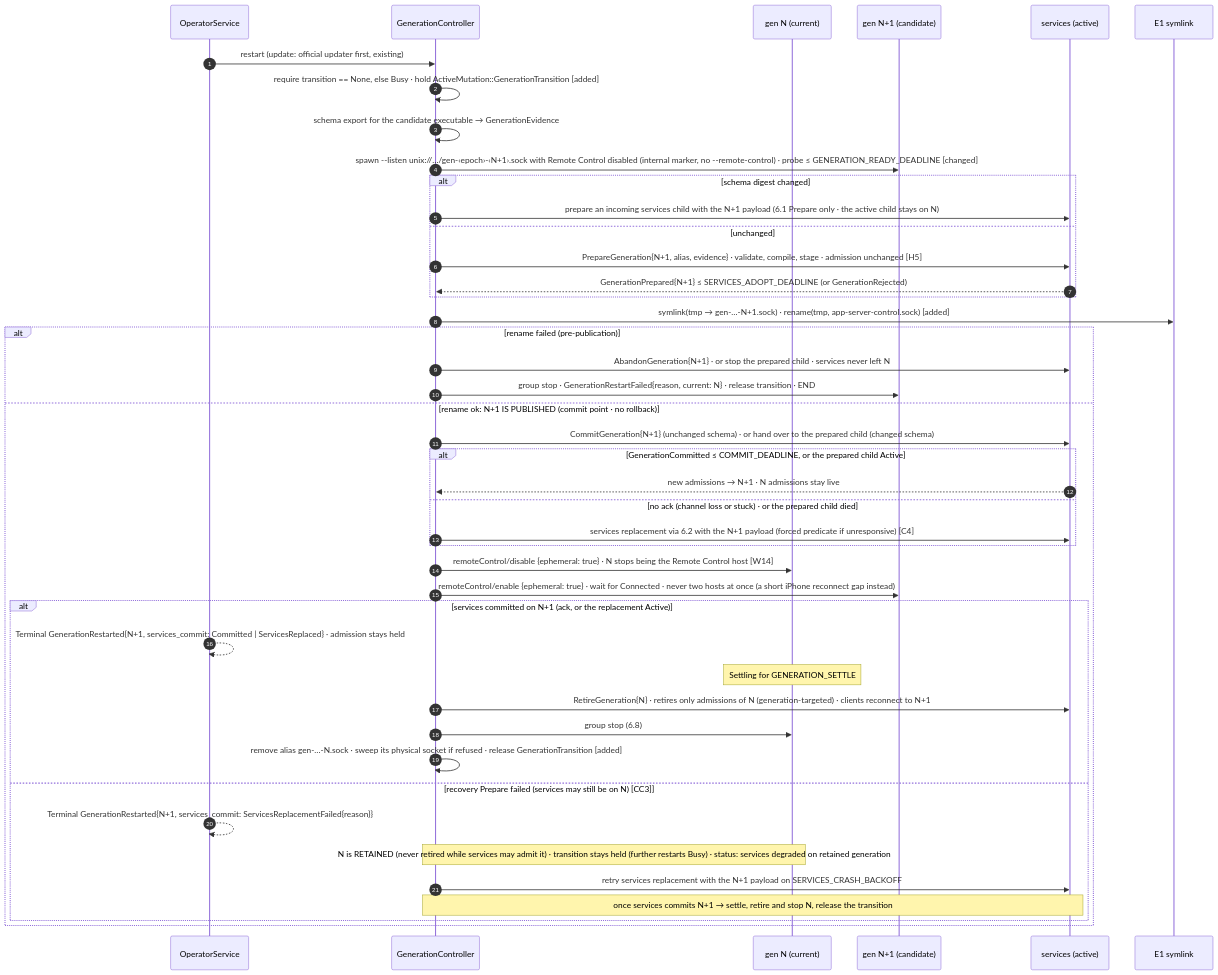
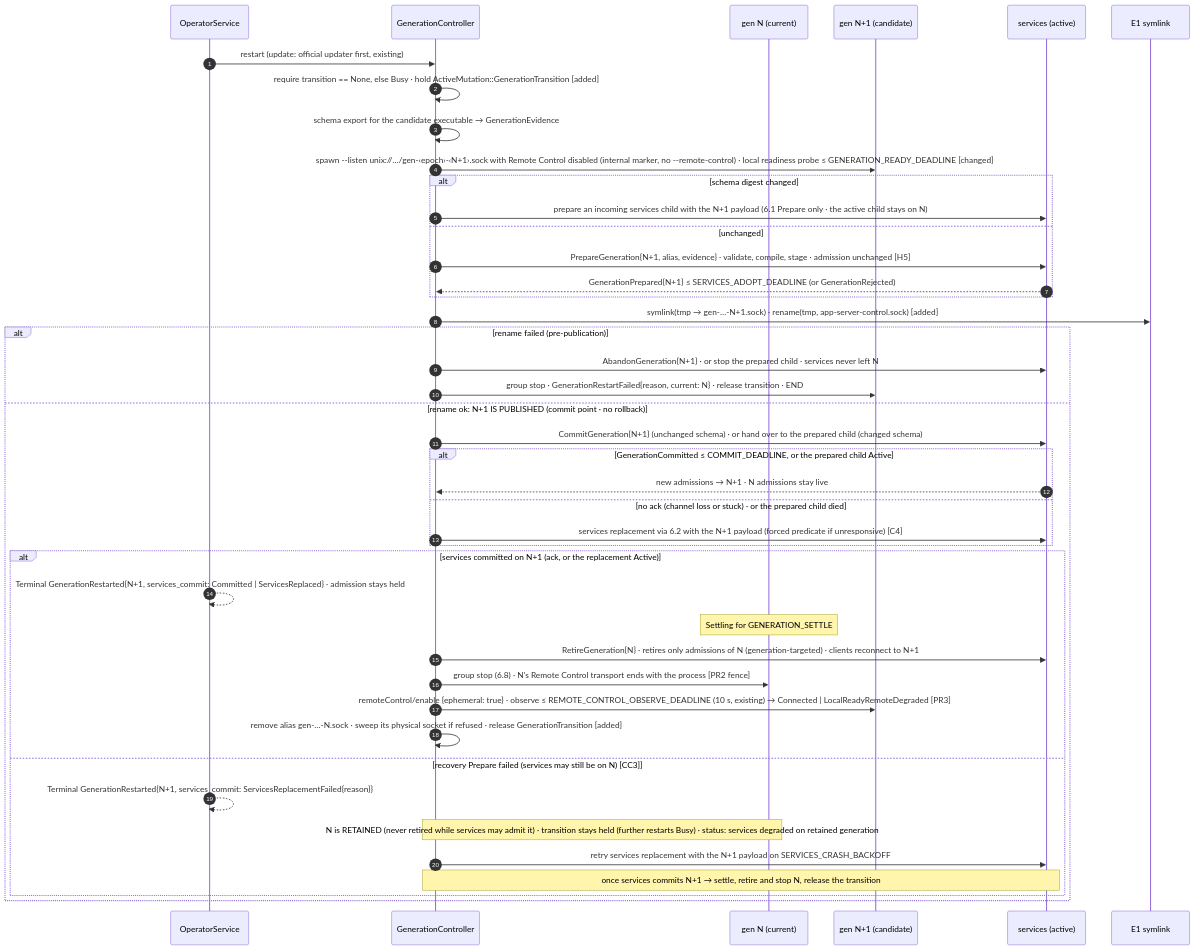
One commit to ShravanSunder/codex-router changed the fifth of 10 diagrams in docs/specs/2026-09-26-host-controller/program-design.md. Above: the diagram before and after it, drawn with Mermaid. The commit also changed other lines of this file and 1 other file, not shown here.

Commit message:
Post-ready review fixes: R19 recast to owner-observed Remote Control outcome; RC fence after N stops; bounded RC observation, no rollback; launch-order detection; OwnerProduction gate

````diff
--- a/docs/specs/2026-09-26-host-controller/program-design.md
+++ b/docs/specs/2026-09-26-host-controller/program-design.md
@@ -873,46 +873,45 @@
 ```mermaid
 sequenceDiagram
   autonumber
   participant OPS as OperatorService
   participant GC as GenerationController
   participant GN as gen N (current)
   participant GM as gen N+1 (candidate)
   participant SVC as services (active)
   participant FS as E1 symlink
   OPS->>GC: restart (update: official updater first, existing)
   GC->>GC: require transition == None, else Busy · hold ActiveMutation::GenerationTransition [added]
   GC->>GC: schema export for the candidate executable → GenerationEvidence
-  GC->>GM: spawn --listen unix://…/gen-‹epoch›-‹N+1›.sock with Remote Control disabled (internal marker, no --remote-control) · probe ≤ GENERATION_READY_DEADLINE [changed]
+  GC->>GM: spawn --listen unix://…/gen-‹epoch›-‹N+1›.sock with Remote Control disabled (internal marker, no --remote-control) · local readiness probe ≤ GENERATION_READY_DEADLINE [changed]
   alt schema digest changed
     GC->>SVC: prepare an incoming services child with the N+1 payload (6.1 Prepare only · the active child stays on N)
   else unchanged
     GC->>SVC: PrepareGeneration{N+1, alias, evidence} · validate, compile, stage · admission unchanged [H5]
     SVC-->>GC: GenerationPrepared{N+1} ≤ SERVICES_ADOPT_DEADLINE (or GenerationRejected)
   end
   GC->>FS: symlink(tmp → gen-…-N+1.sock) · rename(tmp, app-server-control.sock) [added]
   alt rename failed (pre-publication)
     GC->>SVC: AbandonGeneration{N+1} · or stop the prepared child · services never left N
     GC->>GM: group stop · GenerationRestartFailed{reason, current: N} · release transition · END
   else rename ok: N+1 IS PUBLISHED (commit point · no rollback)
     GC->>SVC: CommitGeneration{N+1} (unchanged schema) · or hand over to the prepared child (changed schema)
     alt GenerationCommitted ≤ COMMIT_DEADLINE, or the prepared child Active
       SVC-->>GC: new admissions → N+1 · N admissions stay live
     else no ack (channel loss or stuck) · or the prepared child died
       GC->>SVC: services replacement via 6.2 with the N+1 payload (forced predicate if unresponsive) [C4]
     end
-    GC->>GN: remoteControl/disable {ephemeral: true} · N stops being the Remote Control host [W14]
-    GC->>GM: remoteControl/enable {ephemeral: true} · wait for Connected · never two hosts at once (a short iPhone reconnect gap instead)
     alt services committed on N+1 (ack, or the replacement Active)
       OPS-->>OPS: Terminal GenerationRestarted{N+1, services_commit: Committed | ServicesReplaced} · admission stays held
       Note over GN: Settling for GENERATION_SETTLE
       GC->>SVC: RetireGeneration{N} · retires only admissions of N (generation-targeted) · clients reconnect to N+1
-      GC->>GN: group stop (6.8)
+      GC->>GN: group stop (6.8) · N's Remote Control transport ends with the process [PR2 fence]
+      GC->>GM: remoteControl/enable {ephemeral: true} · observe ≤ REMOTE_CONTROL_OBSERVE_DEADLINE (10 s, existing) → Connected | LocalReadyRemoteDegraded [PR3]
       GC->>GC: remove alias gen-…-N.sock · sweep its physical socket if refused · release GenerationTransition [added]
     else recovery Prepare failed (services may still be on N) [CC3]
       OPS-->>OPS: Terminal GenerationRestarted{N+1, services_commit: ServicesReplacementFailed{reason}}
       Note over GC,GN: N is RETAINED (never retired while services may admit it) · transition stays held (further restarts Busy) · status: services degraded on retained generation
       GC->>SVC: retry services replacement with the N+1 payload on SERVICES_CRASH_BACKOFF
       Note over GC,SVC: once services commits N+1 → settle, retire and stop N, release the transition
     end
   end
 ```
````
